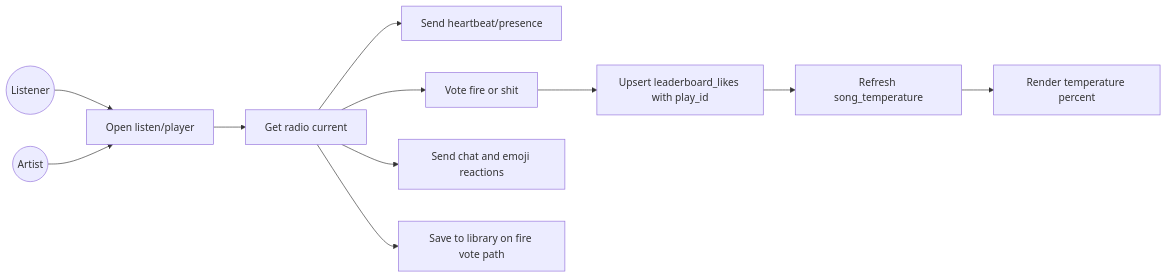
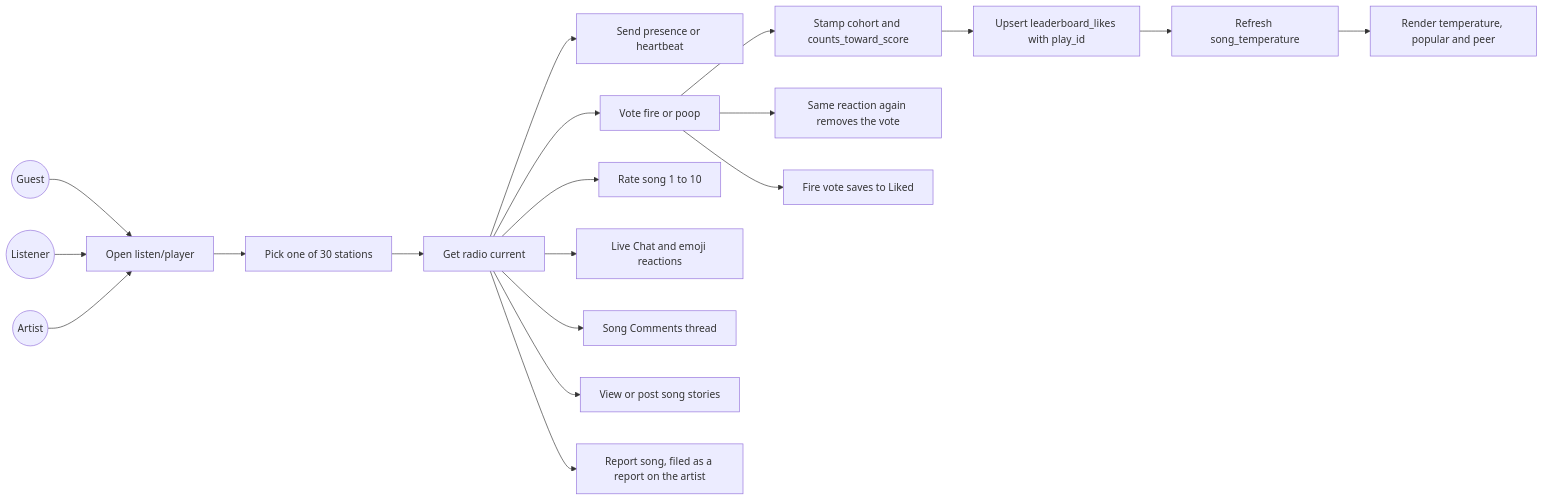
One commit to Tmaku18/RADIOapp changed the second of 14 diagrams in docs/UML/uml-diagrams.md. Above: the diagram before and after it, drawn with Mermaid. The commit also changed other lines of this file and 64 other files, not shown here.

````diff
--- a/docs/UML/uml-diagrams.md
+++ b/docs/UML/uml-diagrams.md
@@ -38,13 +44,21 @@
 ```mermaid
 flowchart LR
-  Listener((Listener)) --> OpenPlayer[Open listen/player]
+  Guest((Guest)) --> OpenPlayer[Open listen/player]
+  Listener((Listener)) --> OpenPlayer
   Artist((Artist)) --> OpenPlayer
-  OpenPlayer --> CurrentTrack[Get radio current]
-  CurrentTrack --> HeartbeatLoop[Send heartbeat/presence]
-  CurrentTrack --> VoteTrack[Vote fire or shit]
-  VoteTrack --> SaveVote[Upsert leaderboard_likes with play_id]
+  OpenPlayer --> PickStation[Pick one of 30 stations]
+  PickStation --> CurrentTrack[Get radio current]
+  CurrentTrack --> PresenceLoop[Send presence or heartbeat]
+  CurrentTrack --> VoteTrack[Vote fire or poop]
+  VoteTrack --> StampVote[Stamp cohort and counts_toward_score]
+  StampVote --> SaveVote[Upsert leaderboard_likes with play_id]
   SaveVote --> RefreshTemp[Refresh song_temperature]
-  RefreshTemp --> ShowTemp[Render temperature percent]
-  CurrentTrack --> ChatFlow[Send chat and emoji reactions]
-  CurrentTrack --> LibraryFlow[Save to library on fire vote path]
+  RefreshTemp --> ShowTemp[Render temperature, popular and peer]
+  VoteTrack --> UndoVote[Same reaction again removes the vote]
+  CurrentTrack --> RateSong[Rate song 1 to 10]
+  CurrentTrack --> ChatFlow[Live Chat and emoji reactions]
+  CurrentTrack --> CommentsFlow[Song Comments thread]
+  CurrentTrack --> StoriesFlow[View or post song stories]
+  CurrentTrack --> ReportSong[Report song, filed as a report on the artist]
+  VoteTrack --> LibraryFlow[Fire vote saves to Liked]
 ```
````
